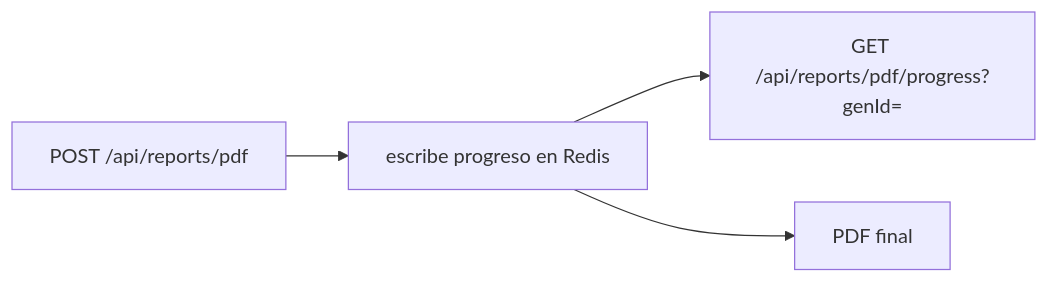
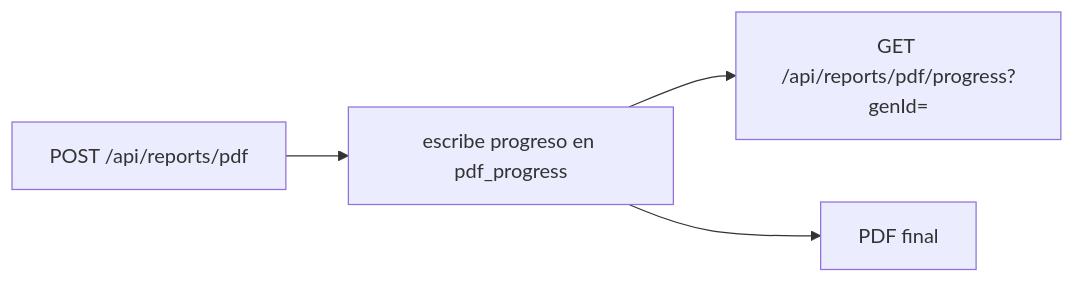
One commit to StrategicConnex/StrategicConnexAudit changed the second of 2 diagrams in docs/modules/reporting.md. Above: the diagram before and after it, drawn with Mermaid. The commit also changed other lines of this file and 67 other files, not shown here.

````diff
--- a/docs/modules/reporting.md
+++ b/docs/modules/reporting.md
@@ -159,6 +159,6 @@
 ```mermaid
 flowchart LR
-    REQ["POST /api/reports/pdf"] --> PROG["escribe progreso en Redis"]
+    REQ["POST /api/reports/pdf"] --> PROG["escribe progreso en pdf_progress"]
     PROG --> POLL["GET /api/reports/pdf/progress?genId="]
     PROG --> DONE["PDF final"]
 ```
````
